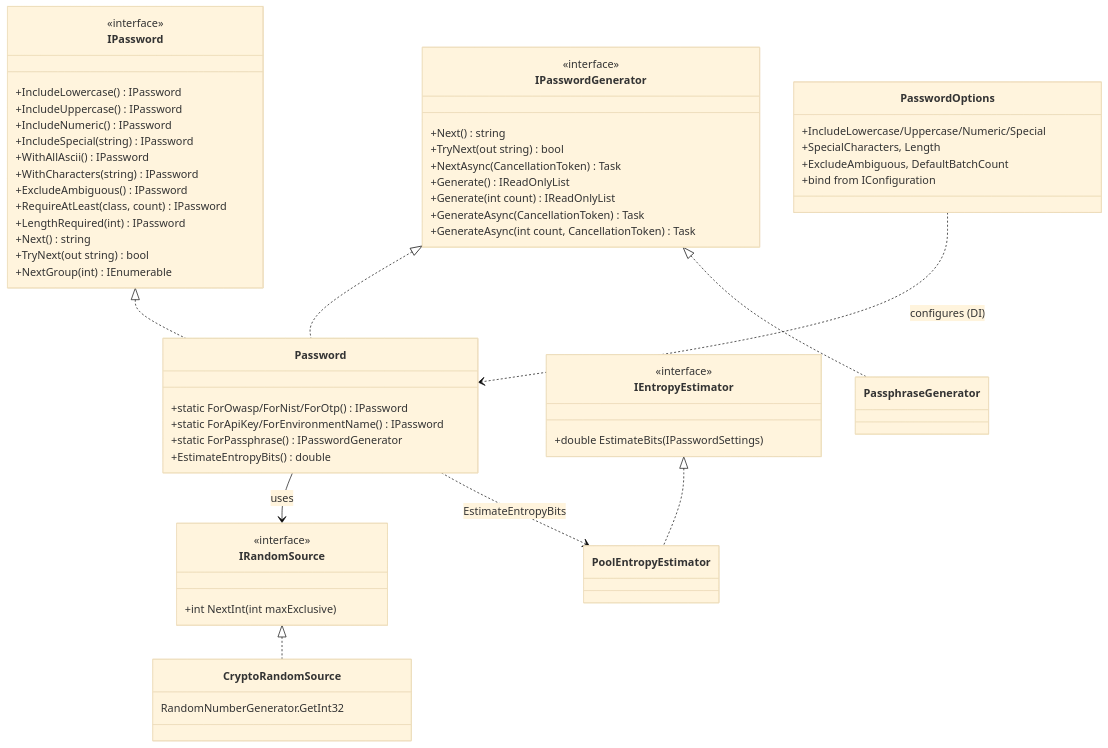
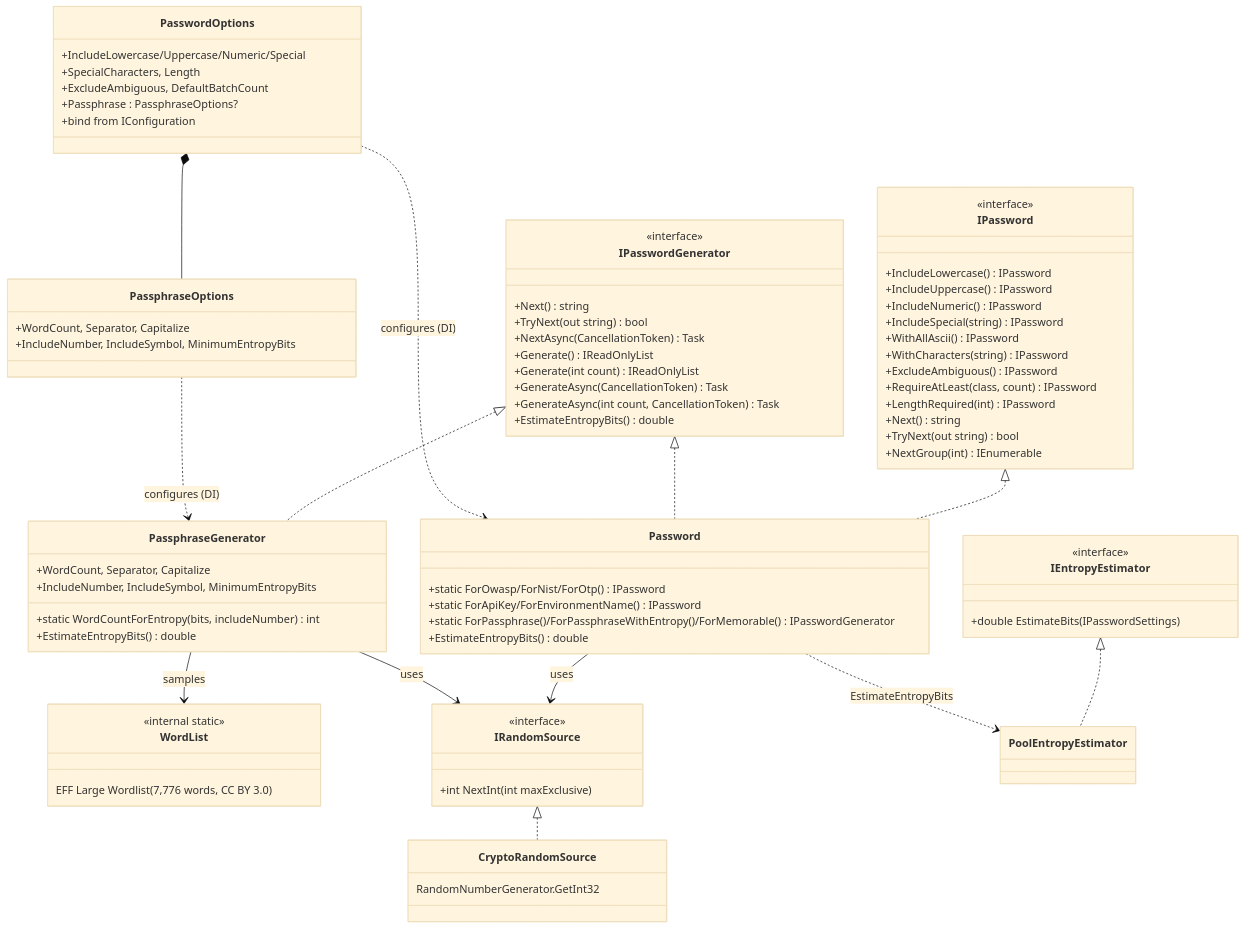
One commit to prjseal/PasswordGenerator changed the first of 3 diagrams in docs/architecture.md. Above: the diagram before and after it, drawn with Mermaid (base theme). The commit also changed other lines of this file and 2 other files, not shown here.

Commit message:
Add deterministic passphrase tests and update design docs
Add seeded-RNG tests covering word selection by index, capitalization,
symbol placement, plus a broad-sampling distribution check. Update
api-surface.md and architecture.md to reflect the EFF Large Wordlist,
entropy targeting/floor, symbol injection, EstimateEntropyBits on the
interface, and passphrase configuration through DI.

https://claude.ai/code/session_01Y5PCRCxt2rJFBLnbaQdQRB

````diff
--- a/docs/architecture.md
+++ b/docs/architecture.md
@@ -9,60 +9,80 @@
 ```mermaid
 classDiagram
     class IPasswordGenerator {
         <<interface>>
         +Next() string
         +TryNext(out string) bool
         +NextAsync(CancellationToken) Task
         +Generate() IReadOnlyList
         +Generate(int count) IReadOnlyList
         +GenerateAsync(CancellationToken) Task
         +GenerateAsync(int count, CancellationToken) Task
+        +EstimateEntropyBits() double
     }
     class IPassword {
         <<interface>>
         +IncludeLowercase() IPassword
         +IncludeUppercase() IPassword
         +IncludeNumeric() IPassword
         +IncludeSpecial(string) IPassword
         +WithAllAscii() IPassword
         +WithCharacters(string) IPassword
         +ExcludeAmbiguous() IPassword
         +RequireAtLeast(class, count) IPassword
         +LengthRequired(int) IPassword
         +Next() string
         +TryNext(out string) bool
         +NextGroup(int) IEnumerable
     }
     class Password {
         +static ForOwasp/ForNist/ForOtp() IPassword
         +static ForApiKey/ForEnvironmentName() IPassword
-        +static ForPassphrase() IPasswordGenerator
+        +static ForPassphrase()/ForPassphraseWithEntropy()/ForMemorable() IPasswordGenerator
         +EstimateEntropyBits() double
+    }
+    class PassphraseGenerator {
+        +WordCount, Separator, Capitalize
+        +IncludeNumber, IncludeSymbol, MinimumEntropyBits
+        +static WordCountForEntropy(bits, includeNumber) int
+        +EstimateEntropyBits() double
+    }
+    class WordList {
+        <<internal static>>
+        EFF Large Wordlist (7,776 words, CC BY 3.0)
     }
     class PasswordOptions {
         +IncludeLowercase/Uppercase/Numeric/Special
         +SpecialCharacters, Length
         +ExcludeAmbiguous, DefaultBatchCount
+        +Passphrase : PassphraseOptions?
         +bind from IConfiguration
+    }
+    class PassphraseOptions {
+        +WordCount, Separator, Capitalize
+        +IncludeNumber, IncludeSymbol, MinimumEntropyBits
     }
     class IRandomSource {
         <<interface>>
         +int NextInt(int maxExclusive)
     }
     class CryptoRandomSource {
         RandomNumberGenerator.GetInt32
     }
     class IEntropyEstimator {
         <<interface>>
         +double EstimateBits(IPasswordSettings)
     }
 
     IPassword <|.. Password
     IPasswordGenerator <|.. Password
     IPasswordGenerator <|.. PassphraseGenerator
     Password --> IRandomSource : uses
+    PassphraseGenerator --> IRandomSource : uses
+    PassphraseGenerator --> WordList : samples
     PasswordOptions ..> Password : configures (DI)
+    PasswordOptions *-- PassphraseOptions
+    PassphraseOptions ..> PassphraseGenerator : configures (DI)
     IRandomSource <|.. CryptoRandomSource
     IEntropyEstimator <|.. PoolEntropyEstimator
     Password ..> PoolEntropyEstimator : EstimateEntropyBits
 ```
````
